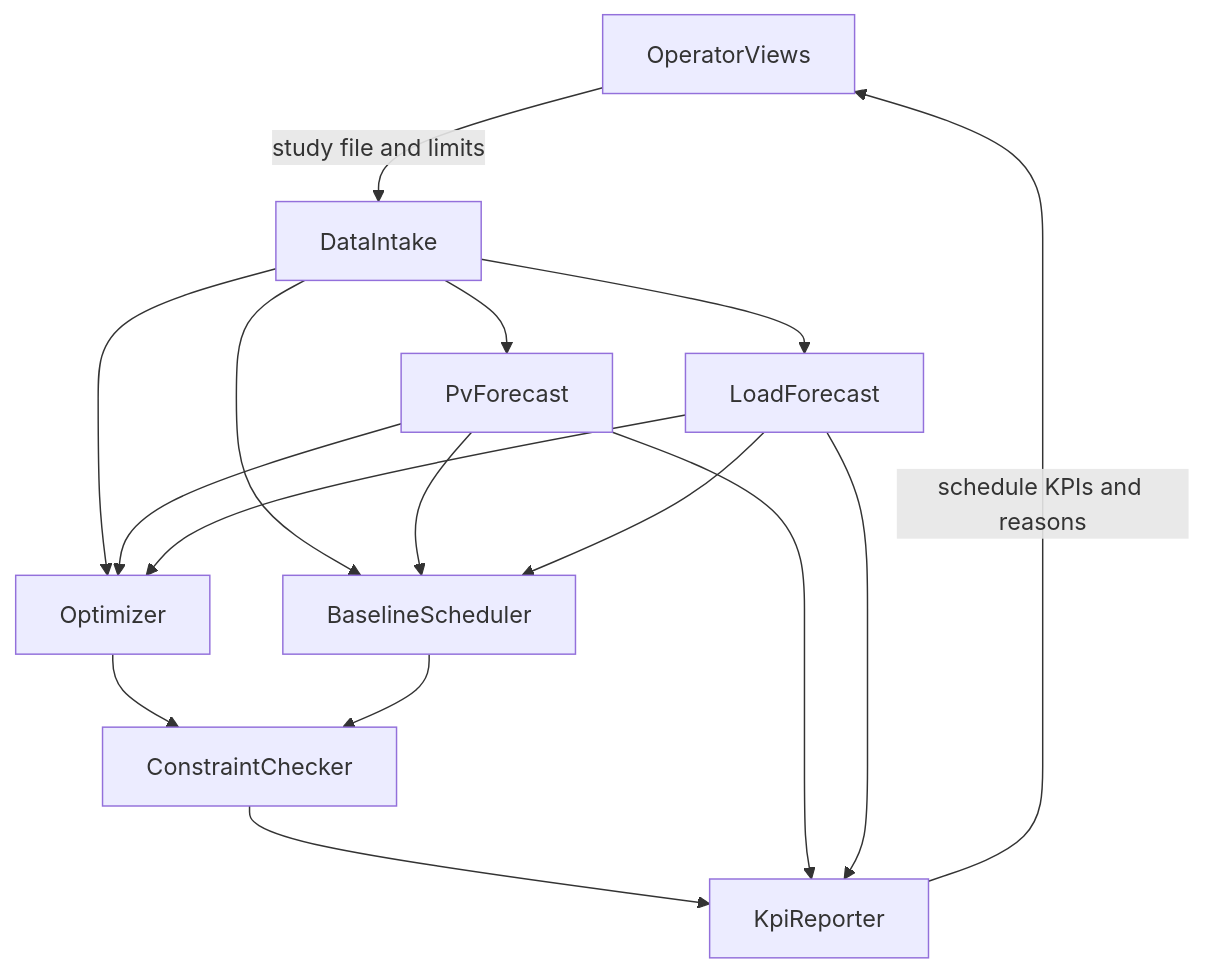
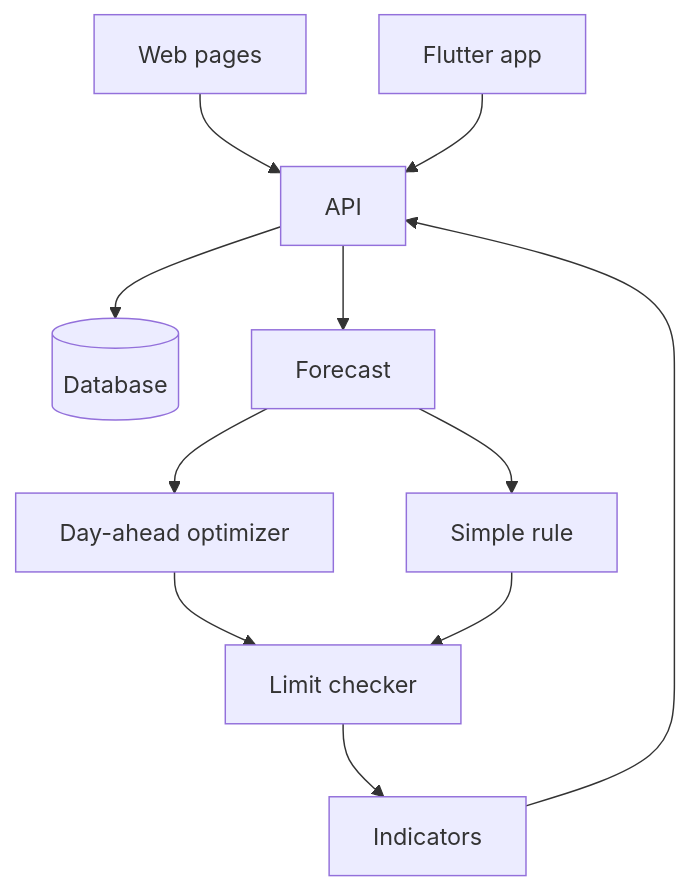
One commit to MegaSlime-2407/SolarEnergyDiplomaAITU2027 changed the diagram in diagrams/component.mmd. Above: the diagram before and after it, drawn with Mermaid. The commit also changed 11 other files, not shown here.

First line of the commit message:
docs: align the technology, requirements, and architecture with the 24-hour plan

```diff
--- a/diagrams/component.mmd
+++ b/diagrams/component.mmd
@@ -1,24 +1,20 @@
 flowchart TB
-  operatorViews[OperatorViews]
-  dataIntake[DataIntake]
-  pvForecast[PvForecast]
-  loadForecast[LoadForecast]
-  optimizer[Optimizer]
-  baselineScheduler[BaselineScheduler]
-  constraintChecker[ConstraintChecker]
-  kpiReporter[KpiReporter]
-  operatorViews -->|study file and limits| dataIntake
-  dataIntake --> pvForecast
-  dataIntake --> loadForecast
-  dataIntake --> optimizer
-  dataIntake --> baselineScheduler
-  pvForecast --> optimizer
-  loadForecast --> optimizer
-  pvForecast --> baselineScheduler
-  loadForecast --> baselineScheduler
-  optimizer --> constraintChecker
-  baselineScheduler --> constraintChecker
-  constraintChecker --> kpiReporter
-  pvForecast --> kpiReporter
-  loadForecast --> kpiReporter
-  kpiReporter -->|schedule KPIs and reasons| operatorViews
+  web[Web pages]
+  mobile[Flutter app]
+  api[API]
+  db[(Database)]
+  forecast[Forecast]
+  optimizer[Day-ahead optimizer]
+  rule[Simple rule]
+  checker[Limit checker]
+  indicators[Indicators]
+  web --> api
+  mobile --> api
+  api --> forecast
+  api --> db
+  forecast --> optimizer
+  forecast --> rule
+  optimizer --> checker
+  rule --> checker
+  checker --> indicators
+  indicators --> api
```
